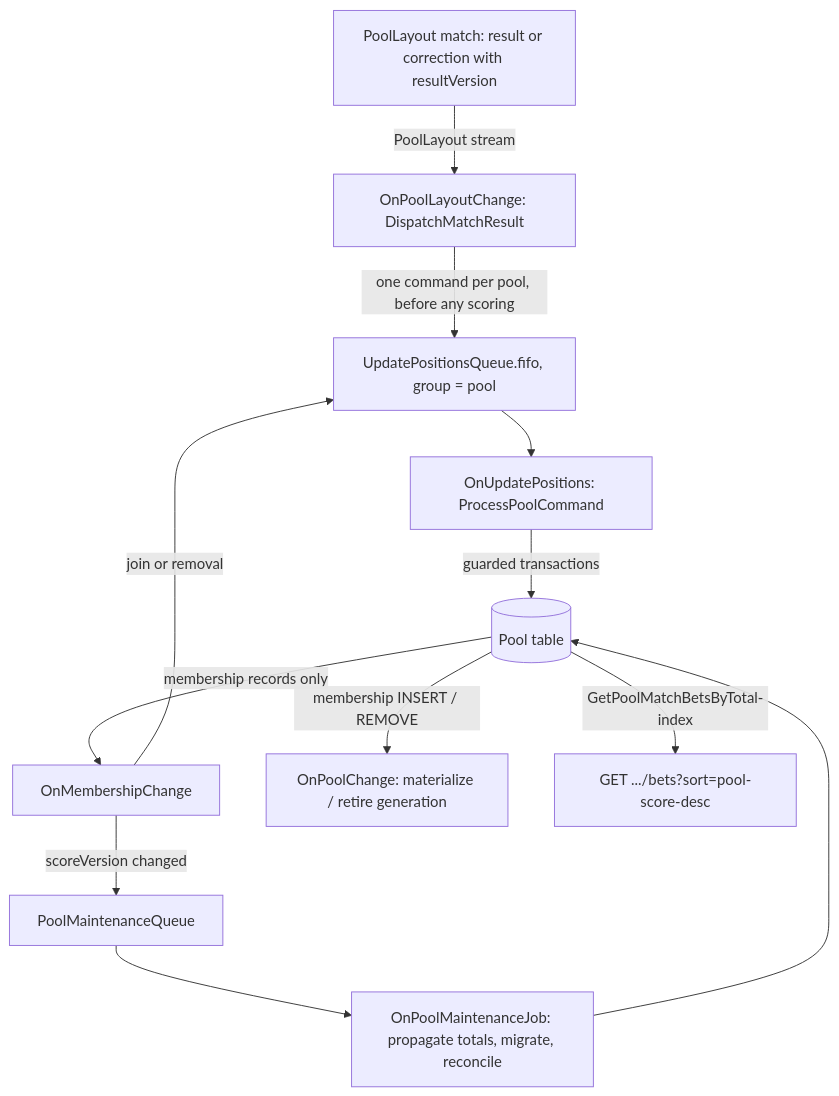
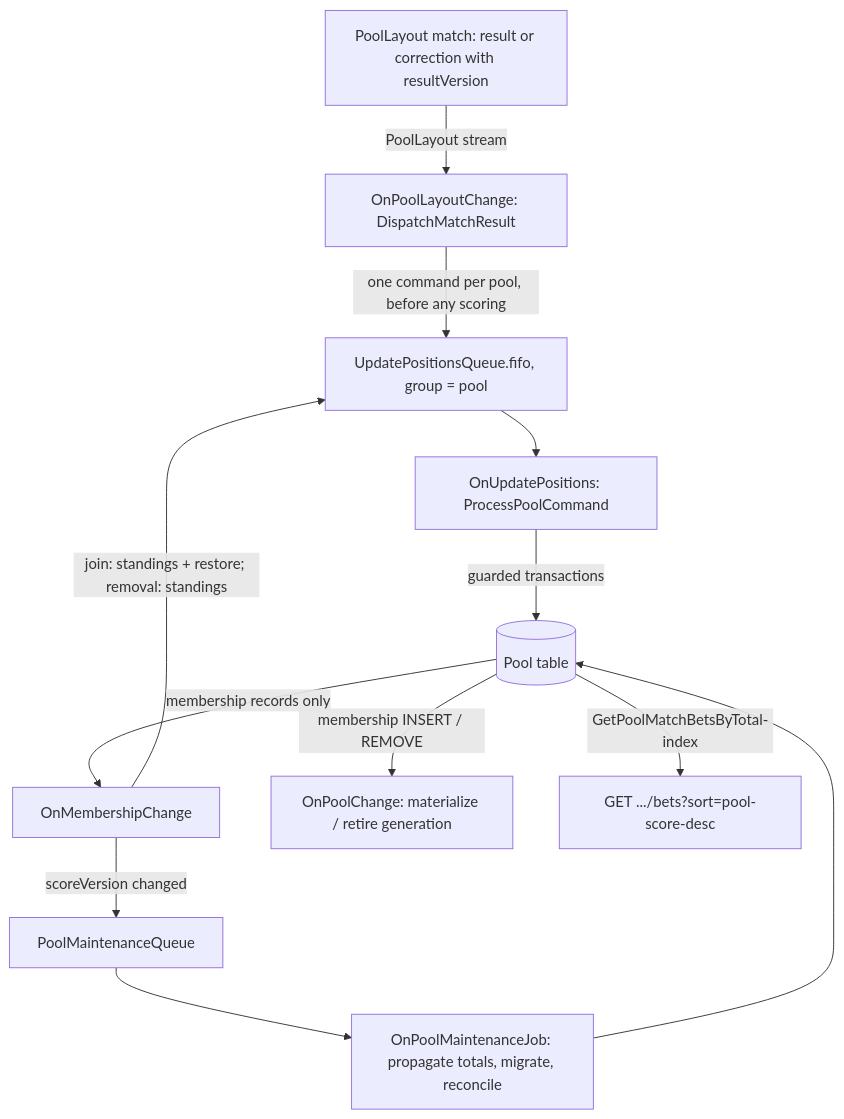
One commit to felipearpa/tyche changed the diagram in docs/pool-settlement.md. Above: the diagram before and after it, drawn with Mermaid. The commit also changed other lines of this file and 57 other files, not shown here.

````diff
--- a/docs/pool-settlement.md
+++ b/docs/pool-settlement.md
@@ -7,14 +7,14 @@
 ```mermaid
 flowchart TD
     Layout[PoolLayout match: result or correction with resultVersion] -->|PoolLayout stream| Dispatch[OnPoolLayoutChange: DispatchMatchResult]
     Dispatch -->|one command per pool, before any scoring| Fifo[UpdatePositionsQueue.fifo, group = pool]
     Fifo --> Worker[OnUpdatePositions: ProcessPoolCommand]
     Worker -->|guarded transactions| Pool[(Pool table)]
     Pool -->|membership records only| Membership[OnMembershipChange]
     Membership -->|scoreVersion changed| Jobs[PoolMaintenanceQueue]
-    Membership -->|join or removal| Fifo
+    Membership -->|join: standings + restore; removal: standings| Fifo
     Pool -->|membership INSERT / REMOVE| PoolEvent[OnPoolChange: materialize / retire generation]
     Jobs --> Maintenance[OnPoolMaintenanceJob: propagate totals, migrate, reconcile]
     Maintenance --> Pool
     Pool -->|GetPoolMatchBetsByTotal-index| Ranked[GET .../bets?sort=pool-score-desc]
 ```
````
